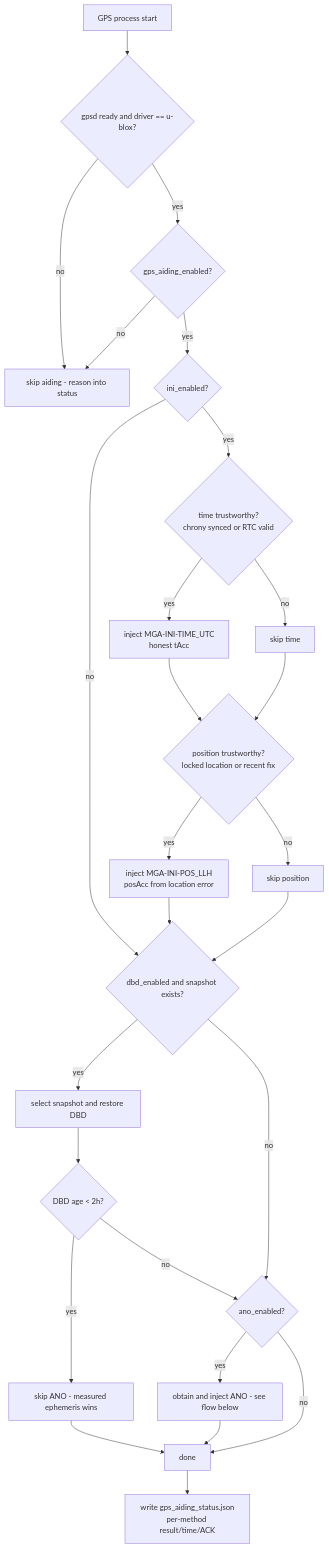
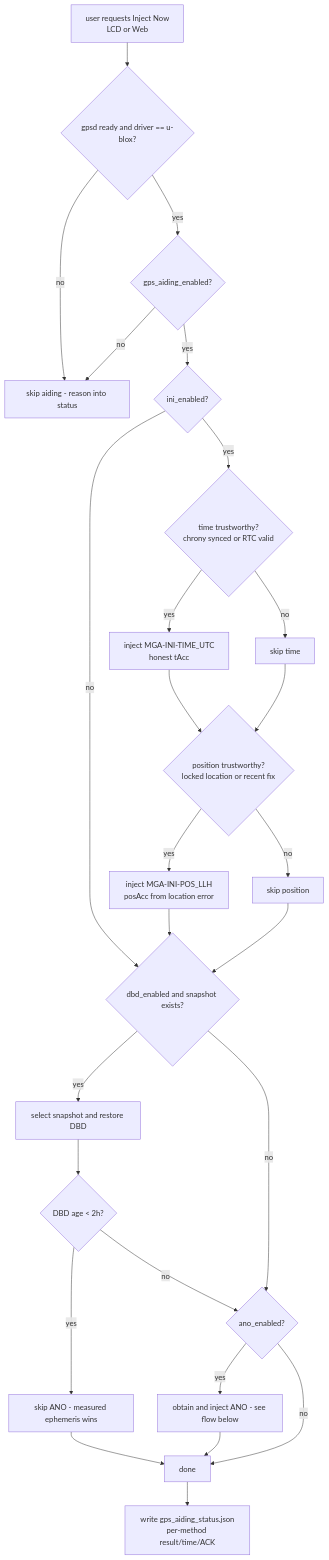
The first of 5 diagrams in docs/mf_gps_aiding_plan_en.md (hjoungjoo/MF_PiFinder), drawn with Mermaid before and after one commit. The commit also changed other lines of this file and 1 other file, not shown here.

First line of the commit message:
docs: GPS aiding injects only on user request, not at boot

````diff
--- a/docs/mf_gps_aiding_plan_en.md
+++ b/docs/mf_gps_aiding_plan_en.md
@@ -106,28 +114,28 @@
 ```mermaid
 flowchart TD
-    A[GPS process start] --> B{gpsd ready and driver == u-blox?}
+    A[user requests Inject Now<br/>LCD or Web] --> B{gpsd ready and driver == u-blox?}
     B -->|no| Z1[skip aiding - reason into status]
     B -->|yes| C{gps_aiding_enabled?}
     C -->|no| Z1
     C -->|yes| C2{ini_enabled?}
     C2 -->|no| J
     C2 -->|yes| D{time trustworthy?<br/>chrony synced or RTC valid}
     D -->|yes| E[inject MGA-INI-TIME_UTC<br/>honest tAcc]
     D -->|no| F[skip time]
     E --> G{position trustworthy?<br/>locked location or recent fix}
     F --> G
     G -->|yes| H[inject MGA-INI-POS_LLH<br/>posAcc from location error]
     G -->|no| I[skip position]
     H --> J{dbd_enabled and snapshot exists?}
     I --> J
     J -->|yes| K[select snapshot and restore DBD]
     J -->|no| L{ano_enabled?}
     K --> M{DBD age < 2h?}
     M -->|yes| N[skip ANO - measured ephemeris wins]
     M -->|no| L
     L -->|yes| O[obtain and inject ANO - see flow below]
     L -->|no| P[done]
     N --> P
     O --> P
     P --> Q[write gps_aiding_status.json<br/>per-method result/time/ACK]
 ```
````
